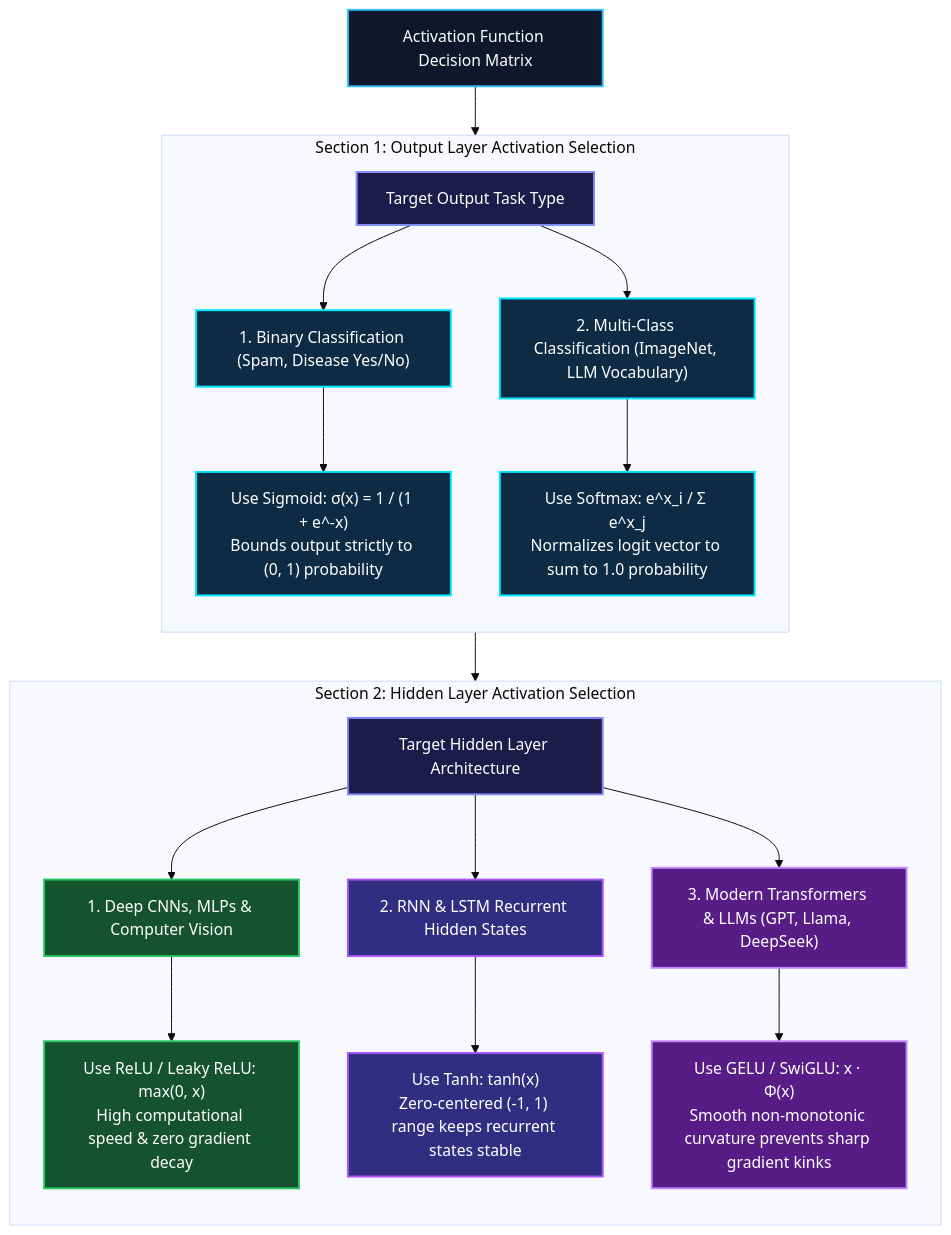
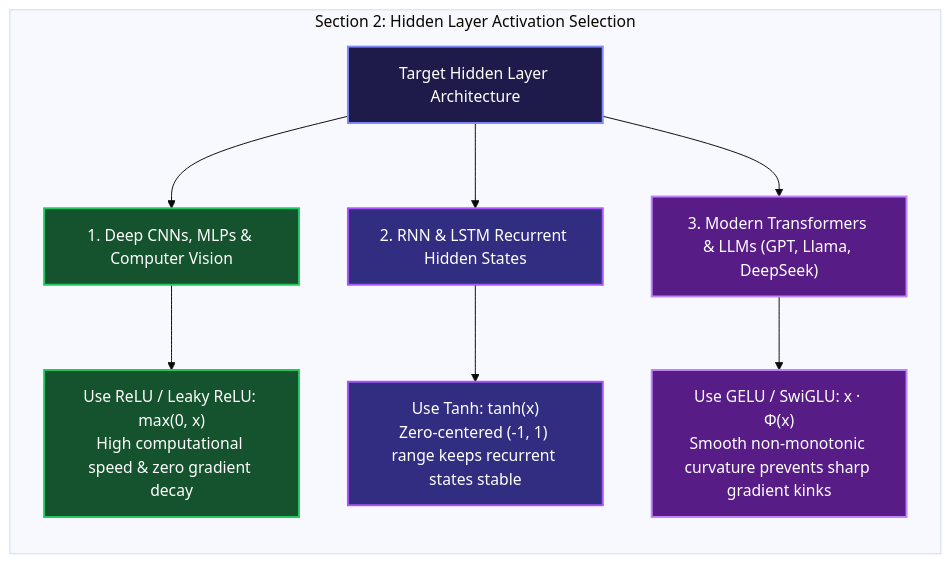
Before and after one commit to narenandu/narenvadapalli_dot_com: the fourth of 4 diagrams in contents/blog/0074-demystifying-activation-functions-non-linearity-types-use-cases/index.md, drawn with Mermaid (base theme). The commit also changed 22 other files, not shown here.

Commit message:
fix(blog): resolve side-by-side Mermaid diagrams, KaTeX math formatting, and alert tags across all blogs

````diff
--- a/contents/blog/0074-demystifying-activation-functions-non-linearity-types-use-cases/index.md
+++ b/contents/blog/0074-demystifying-activation-functions-non-linearity-types-use-cases/index.md
@@ -97,55 +119,28 @@
 ```mermaid
 flowchart TD
-    direction TB
-
-    START["Activation Function Decision Matrix"]
-
-    subgraph OutputLayer ["Section 1: Output Layer Activation Selection"]
-        direction TB
-        OUT_Q["Target Output Task Type"]
-        
-        OUT_BIN["1. Binary Classification (Spam, Disease Yes/No)"]
-        SIGMOID["Use Sigmoid: σ(x) = 1 / (1 + e^-x)<br/>Bounds output strictly to (0, 1) probability"]
-        
-        OUT_MULTI["2. Multi-Class Classification (ImageNet, LLM Vocabulary)"]
-        SOFTMAX["Use Softmax: e^x_i / Σ e^x_j<br/>Normalizes logit vector to sum to 1.0 probability"]
-
-        OUT_Q --> OUT_BIN --> SIGMOID
-        OUT_Q --> OUT_MULTI --> SOFTMAX
-    end
-
     subgraph HiddenLayer ["Section 2: Hidden Layer Activation Selection"]
-        direction TB
+        direction TD
         HID_Q["Target Hidden Layer Architecture"]
         
         HID_CNN["1. Deep CNNs, MLPs & Computer Vision"]
         RELU["Use ReLU / Leaky ReLU: max(0, x)<br/>High computational speed & zero gradient decay"]
         
         HID_RNN["2. RNN & LSTM Recurrent Hidden States"]
         TANH["Use Tanh: tanh(x)<br/>Zero-centered (-1, 1) range keeps recurrent states stable"]
         
         HID_LLM["3. Modern Transformers & LLMs (GPT, Llama, DeepSeek)"]
         GELU["Use GELU / SwiGLU: x · Φ(x)<br/>Smooth non-monotonic curvature prevents sharp gradient kinks"]
 
         HID_Q --> HID_CNN --> RELU
         HID_Q --> HID_RNN --> TANH
         HID_Q --> HID_LLM --> GELU
     end
 
-    START --> OutputLayer --> HiddenLayer
-
-    style START fill:#0f172a,stroke:#38bdf8,stroke-width:2px,color:#ffffff
-    style OUT_Q fill:#1e1b4b,stroke:#818cf8,stroke-width:2px,color:#ffffff
-    style OUT_BIN fill:#0d2b45,stroke:#00e5ff,stroke-width:2px,color:#ffffff
-    style SIGMOID fill:#0d2b45,stroke:#00e5ff,stroke-width:2px,color:#ffffff
-    style OUT_MULTI fill:#0d2b45,stroke:#00e5ff,stroke-width:2px,color:#ffffff
-    style SOFTMAX fill:#0d2b45,stroke:#00e5ff,stroke-width:2px,color:#ffffff
-
     style HID_Q fill:#1e1b4b,stroke:#818cf8,stroke-width:2px,color:#ffffff
     style HID_CNN fill:#14532d,stroke:#22c55e,stroke-width:2px,color:#ffffff
     style RELU fill:#14532d,stroke:#22c55e,stroke-width:2px,color:#ffffff
     style HID_RNN fill:#312e81,stroke:#a855f7,stroke-width:2px,color:#ffffff
     style TANH fill:#312e81,stroke:#a855f7,stroke-width:2px,color:#ffffff
     style HID_LLM fill:#581c87,stroke:#c084fc,stroke-width:2px,color:#ffffff
     style GELU fill:#581c87,stroke:#c084fc,stroke-width:2px,color:#ffffff
 ```
````
